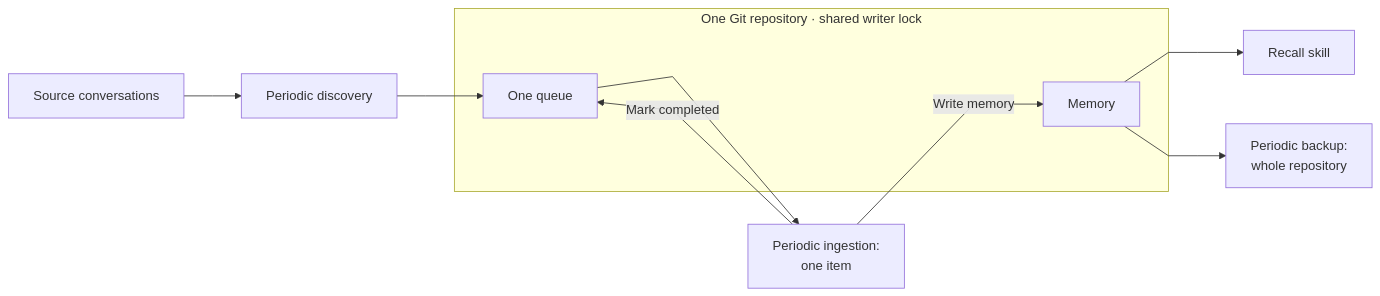
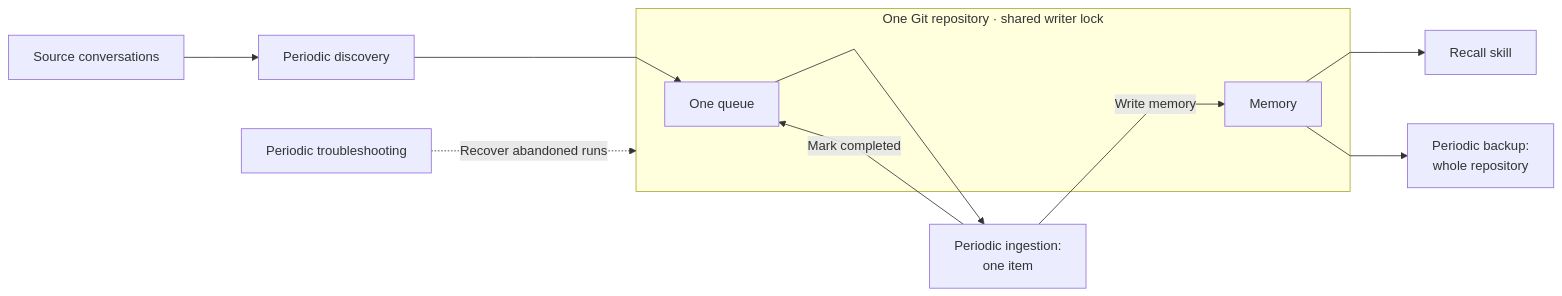
Before and after one commit to nader-najjar/ai-agnostic-memory-system: the diagram in flow.md, drawn with Mermaid. The commit also changed 7 other files, not shown here.

````diff
--- a/flow.md
+++ b/flow.md
@@ -3,18 +3,19 @@
 ```mermaid
 %%{init: {"flowchart": {"nodeSpacing": 60, "rankSpacing": 70, "curve": "linear"}}}%%
 flowchart LR
     S[Source conversations] --> D[Periodic discovery]
     D --> Q
 
     subgraph R[One Git repository · shared writer lock]
         Q[One queue]
         M[Memory]
     end
 
     I[Periodic ingestion:<br/>one item] -->|Mark completed| Q
     Q --> I
     I -->|Write memory| M
 
     M --> C[Recall skill]
     M --> B[Periodic backup:<br/>whole repository]
+    T[Periodic troubleshooting] -.->|Recover abandoned runs| R
 ```
````
